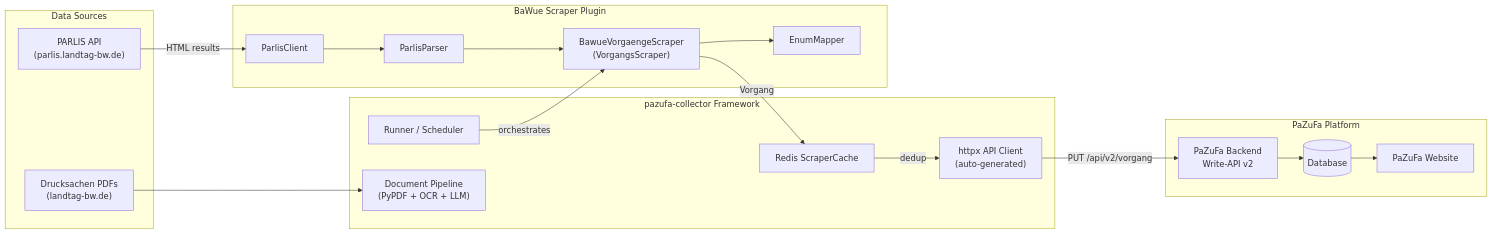
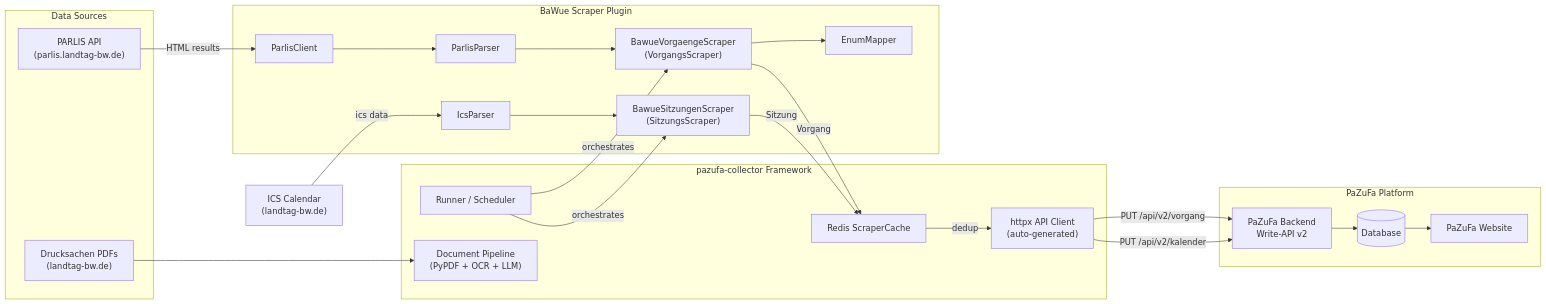
Before and after one commit to Parlamentszusammenfasser/pazufa-scraper-bw: the first of 3 diagrams in docs/architecture.md, drawn with Mermaid. The commit also changed other lines of this file and 9 other files, not shown here.

First line of the commit message:
feat: add BaWue Sitzungen scraper for ICS calendar parsing

````diff
--- a/docs/architecture.md
+++ b/docs/architecture.md
@@ -12,38 +12,44 @@
 ```mermaid
 graph LR
     subgraph "Data Sources"
         PARLIS["PARLIS API<br/>(parlis.landtag-bw.de)"]
         PDFs["Drucksachen PDFs<br/>(landtag-bw.de)"]
     end
 
     subgraph "pazufa-collector Framework"
         Runner["Runner / Scheduler"]
         Cache["Redis ScraperCache"]
         APIClient["httpx API Client<br/>(auto-generated)"]
         DocPipeline["Document Pipeline<br/>(PyPDF + OCR + LLM)"]
     end
 
     subgraph "BaWue Scraper Plugin"
         BVS["BawueVorgaengeScraper<br/>(VorgangsScraper)"]
+        BSS["BawueSitzungenScraper<br/>(SitzungsScraper)"]
+        ICS["IcsParser"]
         PC["ParlisClient"]
         PP["ParlisParser"]
         EM["EnumMapper"]
     end
 
     subgraph "PaZuFa Platform"
         API["PaZuFa Backend<br/>Write-API v2"]
         DB[(Database)]
         Web["PaZuFa Website"]
     end
 
     PARLIS -->|" HTML results "| PC
     PC --> PP --> BVS
     BVS --> EM
     Runner -->|" orchestrates "| BVS
+    Runner -->|" orchestrates "| BSS
     BVS -->|" Vorgang "| Cache
+    BSS -->|" Sitzung "| Cache
     Cache -->|" dedup "| APIClient
     APIClient -->|" PUT /api/v2/vorgang "| API
+    APIClient -->|" PUT /api/v2/kalender "| API
     PDFs --> DocPipeline
+    ICSFeed["ICS Calendar<br/>(landtag-bw.de)"] -->|" ics data "| ICS --> BSS
     API --> DB
     DB --> Web
 ```
````
